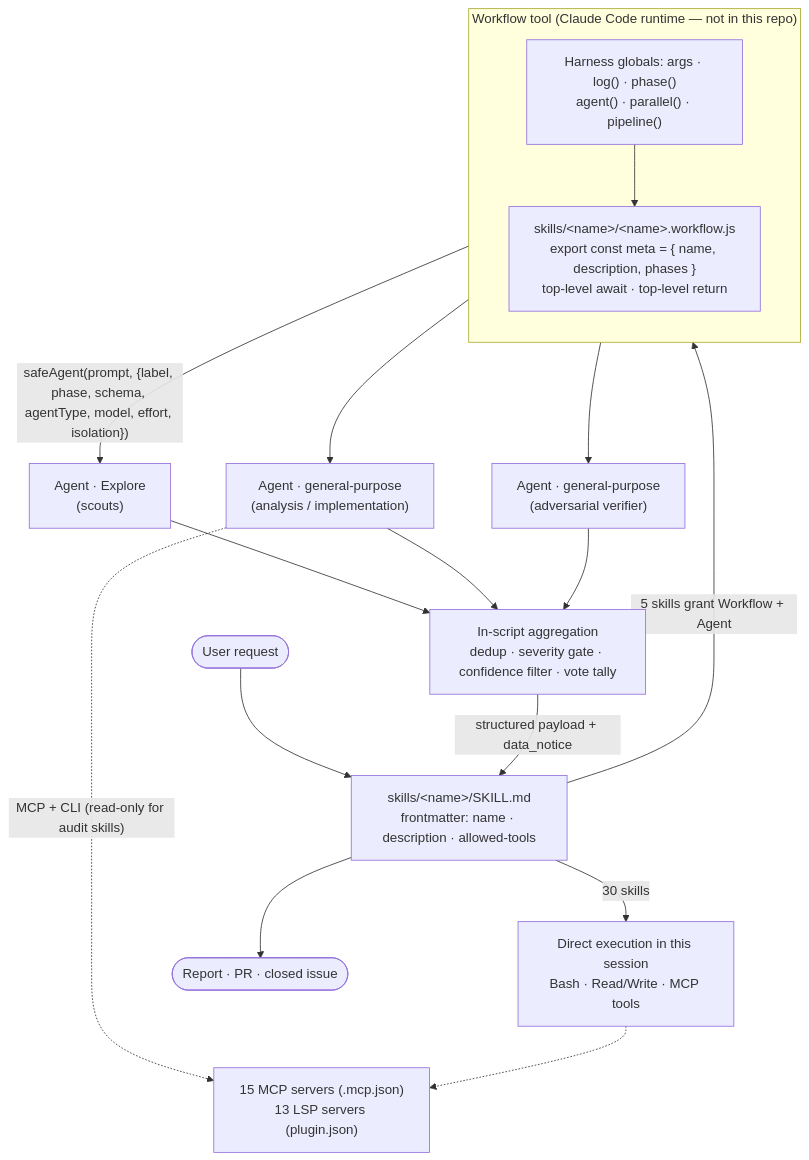
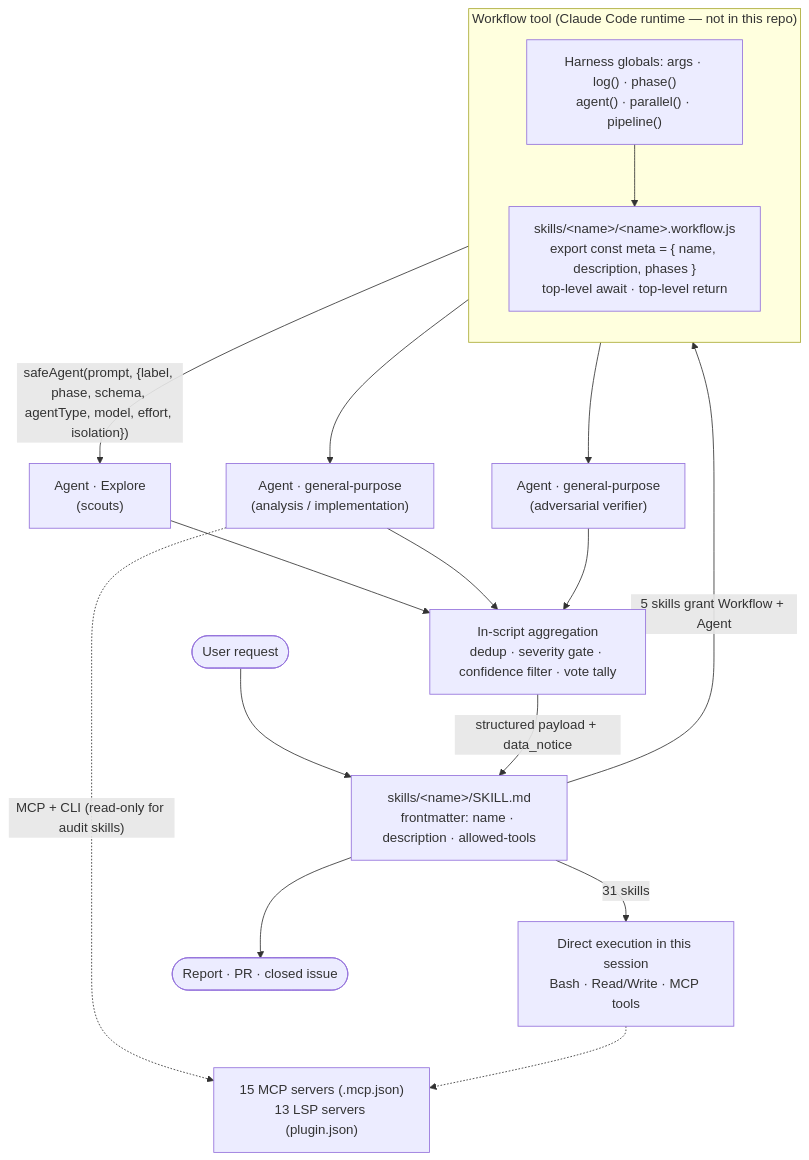
One commit to Cloud-Officer/claude-code-plugin-dev changed the diagram in docs/architecture.md. Above: the diagram before and after it, drawn with Mermaid. The commit also changed other lines of this file and 2 other files, not shown here.

Commit message:
Bump Node.js to 26.13.0 and refresh architecture and README docs (#288)

````diff
--- a/docs/architecture.md
+++ b/docs/architecture.md
@@ -49,25 +49,25 @@
 ```mermaid
 flowchart TB
     U([User request]) --> S["skills/&lt;name&gt;/SKILL.md<br/>frontmatter: name · description · allowed-tools"]
 
-    S -->|30 skills| D["Direct execution in this session<br/>Bash · Read/Write · MCP tools"]
+    S -->|31 skills| D["Direct execution in this session<br/>Bash · Read/Write · MCP tools"]
 
     S -->|"5 skills grant Workflow + Agent"| W
 
     subgraph W["Workflow tool (Claude Code runtime — not in this repo)"]
         direction TB
         H["Harness globals: args · log() · phase()<br/>agent() · parallel() · pipeline()"]
         H --> SC["skills/&lt;name&gt;/&lt;name&gt;.workflow.js<br/>export const meta = { name, description, phases }<br/>top-level await · top-level return"]
     end
 
     SC -->|"safeAgent(prompt, {label, phase, schema, agentType, model, effort, isolation})"| A1["Agent · Explore<br/>(scouts)"]
     SC --> A2["Agent · general-purpose<br/>(analysis / implementation)"]
     SC --> A3["Agent · general-purpose<br/>(adversarial verifier)"]
 
     A1 & A2 & A3 --> AGG["In-script aggregation<br/>dedup · severity gate · confidence filter · vote tally"]
     AGG -->|structured payload + data_notice| S
     S --> R([Report · PR · closed issue])
 
     A2 -.->|"MCP + CLI (read-only for audit skills)"| EXT["15 MCP servers (.mcp.json)<br/>13 LSP servers (plugin.json)"]
     D -.-> EXT
 ```
````
